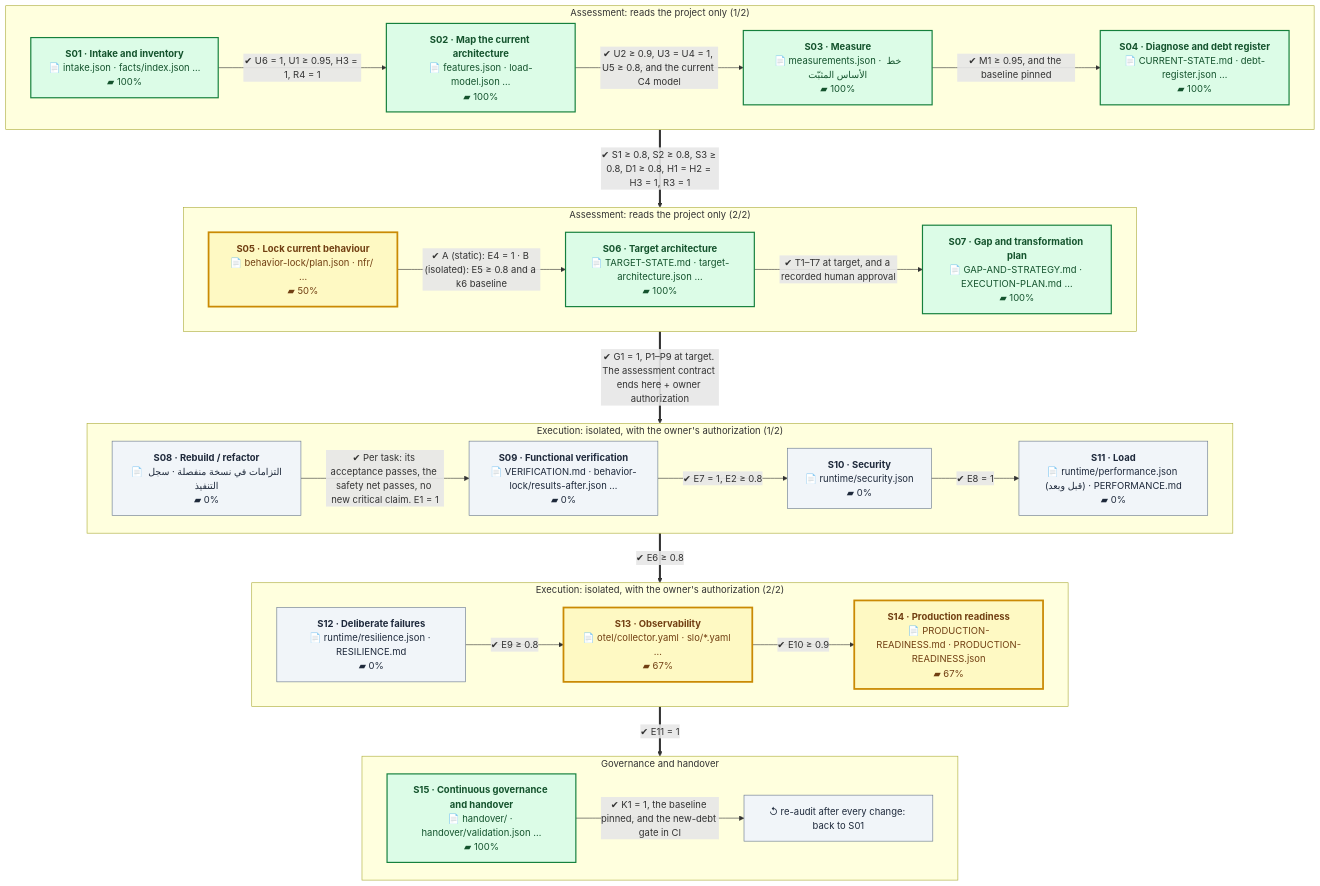
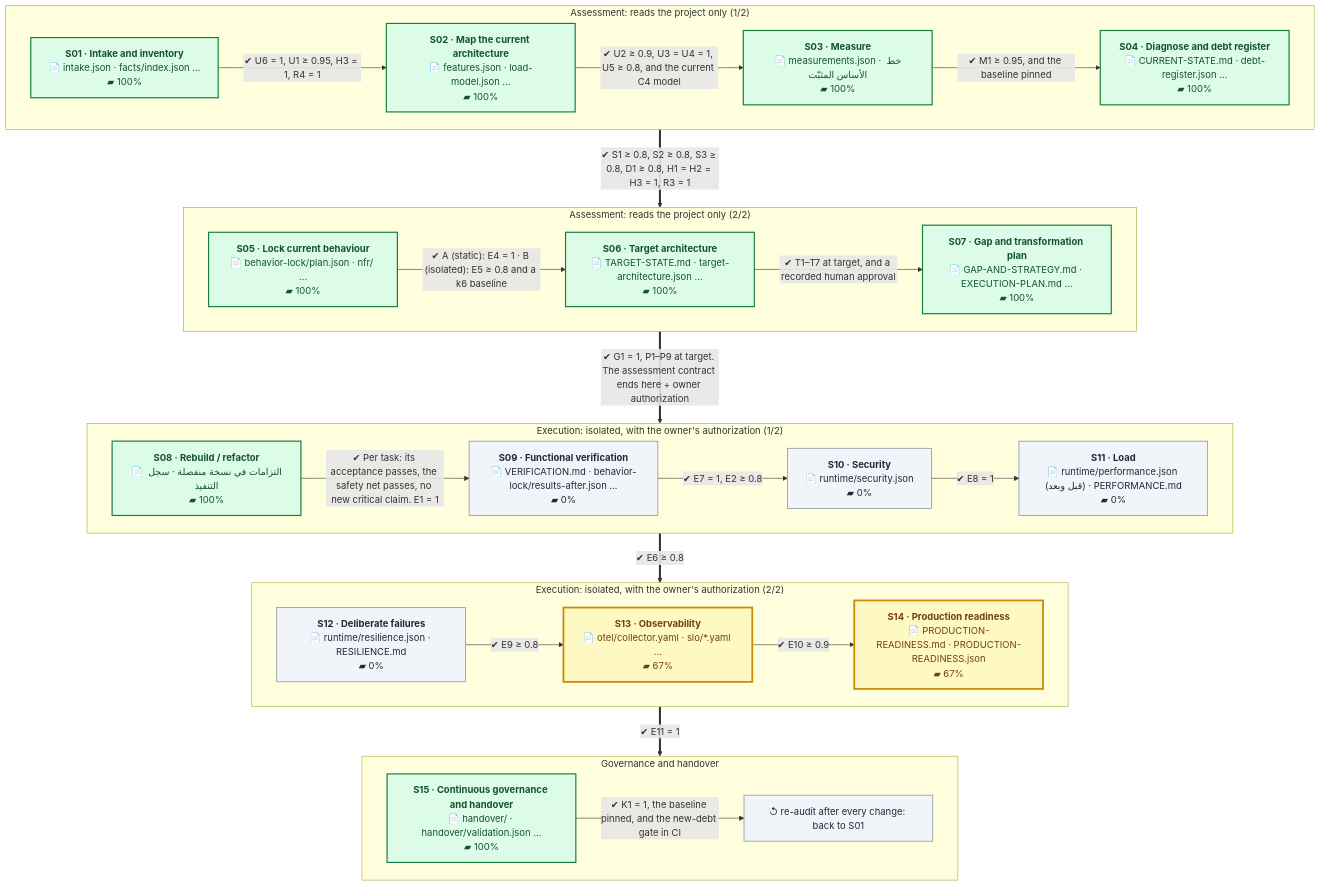
One commit to eom1417/engineering-audit-os changed the first of 2 diagrams in README.en.md. Above: the diagram before and after it, drawn with Mermaid. The commit also changed other lines of this file and 7 other files, not shown here.

First line of the commit message:
Steps 17 and 18 complete (NS26, NS9): the lock holds 28/28 and two plan cards run through every gate

````diff
--- a/README.en.md
+++ b/README.en.md
@@ -52,54 +52,54 @@
 ```mermaid
 %%{init: {'flowchart': {'wrappingWidth': 260, 'nodeSpacing': 40, 'rankSpacing': 60}}}%%
 flowchart TB
     subgraph P1["Assessment: reads the project only (1/2)"]
         direction LR
         S01["<b>S01 · Intake and inventory</b><br/>📄 intake.json · facts/index.json …<br/>▰ 100%"]:::done
         S02["<b>S02 · Map the current architecture</b><br/>📄 features.json · load-model.json …<br/>▰ 100%"]:::done
         S03["<b>S03 · Measure</b><br/>📄 measurements.json · خط الأساس المثبّت<br/>▰ 100%"]:::done
         S04["<b>S04 · Diagnose and debt register</b><br/>📄 CURRENT-STATE.md · debt-register.json …<br/>▰ 100%"]:::done
         S01 -->|"✔ U6 = 1, U1 ≥ 0.95, H3 = 1, R4 = 1"| S02
         S02 -->|"✔ U2 ≥ 0.9, U3 = U4 = 1, U5 ≥ 0.8, and the current C4 model"| S03
         S03 -->|"✔ M1 ≥ 0.95, and the baseline pinned"| S04
     end
     subgraph P2["Assessment: reads the project only (2/2)"]
         direction LR
-        S05["<b>S05 · Lock current behaviour</b><br/>📄 behavior-lock/plan.json · nfr/ …<br/>▰ 50%"]:::current
+        S05["<b>S05 · Lock current behaviour</b><br/>📄 behavior-lock/plan.json · nfr/ …<br/>▰ 100%"]:::done
         S06["<b>S06 · Target architecture</b><br/>📄 TARGET-STATE.md · target-architecture.json …<br/>▰ 100%"]:::done
         S07["<b>S07 · Gap and transformation plan</b><br/>📄 GAP-AND-STRATEGY.md · EXECUTION-PLAN.md …<br/>▰ 100%"]:::done
         S05 -->|"✔ A (static): E4 = 1 · B (isolated): E5 ≥ 0.8 and a k6 baseline"| S06
         S06 -->|"✔ T1–T7 at target, and a recorded human approval"| S07
     end
     subgraph P3["Execution: isolated, with the owner's authorization (1/2)"]
         direction LR
-        S08["<b>S08 · Rebuild / refactor</b><br/>📄 التزامات في نسخة منفصلة · سجل التنفيذ<br/>▰ 0%"]:::next
+        S08["<b>S08 · Rebuild / refactor</b><br/>📄 التزامات في نسخة منفصلة · سجل التنفيذ<br/>▰ 100%"]:::done
         S09["<b>S09 · Functional verification</b><br/>📄 VERIFICATION.md · behavior-lock/results-after.json …<br/>▰ 0%"]:::next
         S10["<b>S10 · Security</b><br/>📄 runtime/security.json<br/>▰ 0%"]:::next
         S11["<b>S11 · Load</b><br/>📄 runtime/performance.json (قبل وبعد) · PERFORMANCE.md<br/>▰ 0%"]:::next
         S08 -->|"✔ Per task: its acceptance passes, the safety net passes, no new critical claim. E1 = 1"| S09
         S09 -->|"✔ E7 = 1, E2 ≥ 0.8"| S10
         S10 -->|"✔ E8 = 1"| S11
     end
     subgraph P4["Execution: isolated, with the owner's authorization (2/2)"]
         direction LR
         S12["<b>S12 · Deliberate failures</b><br/>📄 runtime/resilience.json · RESILIENCE.md<br/>▰ 0%"]:::next
         S13["<b>S13 · Observability</b><br/>📄 otel/collector.yaml · slo/*.yaml …<br/>▰ 67%"]:::current
         S14["<b>S14 · Production readiness</b><br/>📄 PRODUCTION-READINESS.md · PRODUCTION-READINESS.json<br/>▰ 67%"]:::current
         S12 -->|"✔ E9 ≥ 0.8"| S13
         S13 -->|"✔ E10 ≥ 0.9"| S14
     end
     subgraph P5["Governance and handover"]
         direction LR
         S15["<b>S15 · Continuous governance and handover</b><br/>📄 handover/ · handover/validation.json …<br/>▰ 100%"]:::done
         LOOP["↺ re-audit after every change: back to S01"]:::next
         S15 -->|"✔ K1 = 1, the baseline pinned, and the new-debt gate in CI"| LOOP
     end
     P1 ==>|"✔ S1 ≥ 0.8, S2 ≥ 0.8, S3 ≥ 0.8, D1 ≥ 0.8, H1 = H2 = H3 = 1, R3 = 1"| P2
     P2 ==>|"✔ G1 = 1, P1–P9 at target. The assessment contract ends here + owner authorization"| P3
     P3 ==>|"✔ E6 ≥ 0.8"| P4
     P4 ==>|"✔ E11 = 1"| P5
     classDef done fill:#dcfce7,stroke:#15803d,color:#14532d,stroke-width:2px
     classDef current fill:#fef9c3,stroke:#ca8a04,color:#713f12,stroke-width:3px
     classDef next fill:#f1f5f9,stroke:#64748b,color:#1e293b
     classDef owner fill:#fee2e2,stroke:#b91c1c,color:#7f1d1d,stroke-dasharray:5 3
 ```
````
